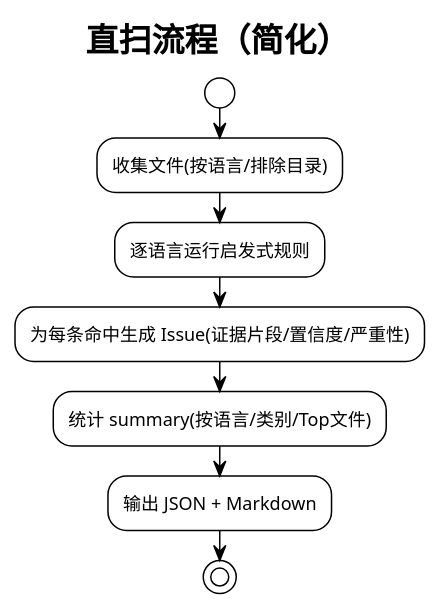
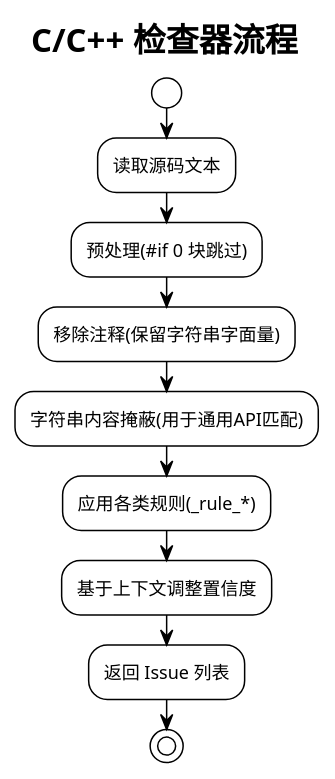
Diagram 40 of 60 in 技术报告.md (skyfireitdiy/Jarvis), drawn with PlantUML before and after one commit. The commit also changed other lines of this file and 3 other files, not shown here.

````diff
--- a/技术报告.md
+++ b/技术报告.md
@@ -2067,14 +2449,16 @@
 ```plantuml
 @startuml
 !theme plain
-title 直扫流程（简化）
+title C/C++ 检查器流程
 
 start
-:收集文件(按语言/排除目录);
-:逐语言运行启发式规则;
-:为每条命中生成 Issue(证据片段/置信度/严重性);
-:统计 summary(按语言/类别/Top文件);
-:输出 JSON + Markdown;
+:读取源码文本;
+:预处理(#if 0 块跳过);
+:移除注释(保留字符串字面量);
+:字符串内容掩蔽(用于通用API匹配);
+:应用各类规则(_rule_*);
+:基于上下文调整置信度;
+:返回 Issue 列表;
 stop
 @enduml
 ```
````
